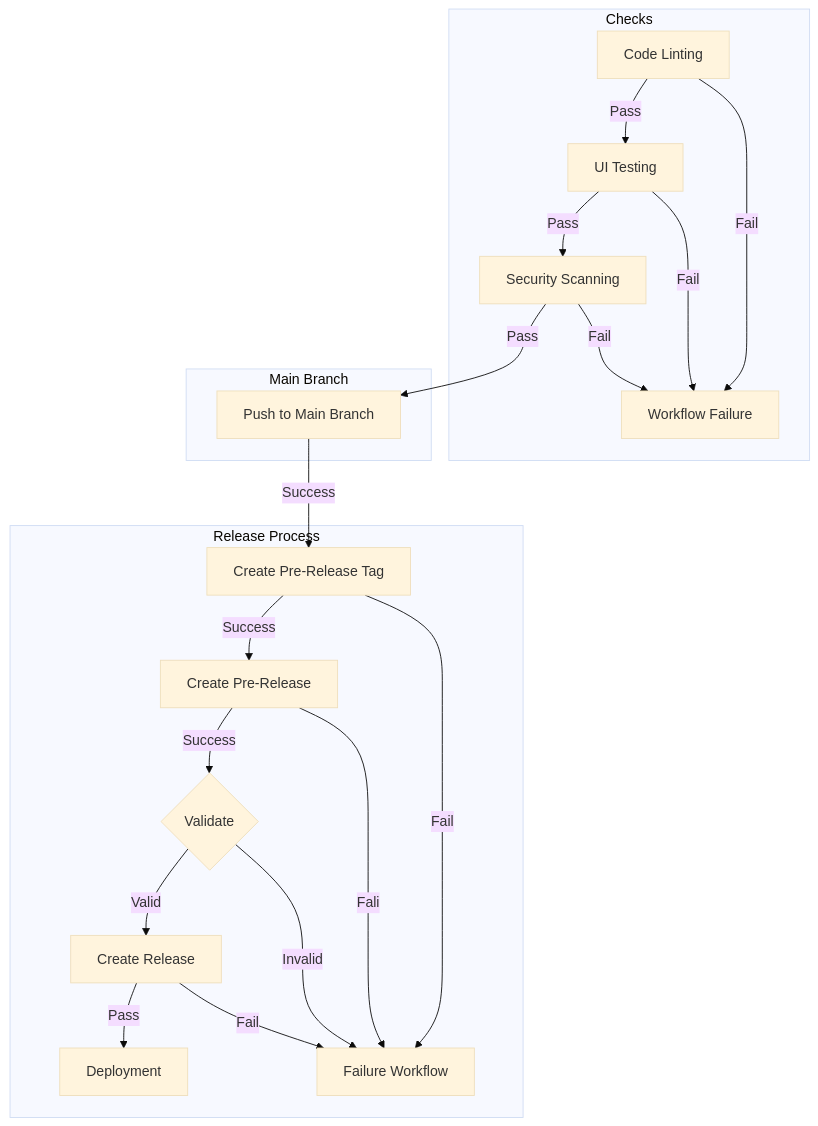
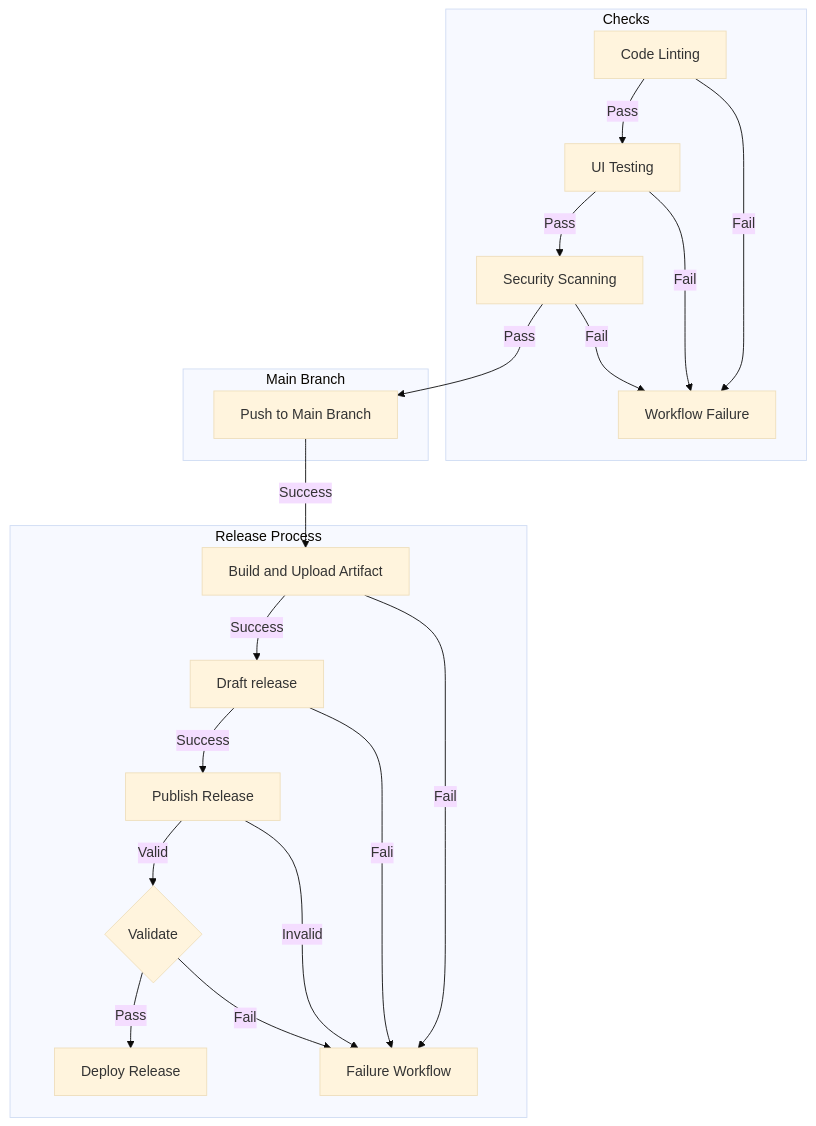
The diagram in docs/exercises/03.automate.release/02.md (githubuniverseworkshops/github-devsecops-fundamentals), drawn with Mermaid (base theme) before and after one commit. The commit also changed 17 other files, not shown here.

````diff
--- a/docs/exercises/03.automate.release/02.md
+++ b/docs/exercises/03.automate.release/02.md
@@ -5,42 +5,42 @@
 ```mermaid
 flowchart TD
     subgraph Checks
         A[Code Linting]
         B[UI Testing]
         D[Security Scanning]
         C[Workflow Failure]
     end
 
     A-->|Pass|B
     A-->|Fail|C
     B-->|Pass|D
     B-->|Fail|C
 
     subgraph Release Process
-        E[Create Pre-Release Tag]
-        F[Create Pre-Release]
-        G{Validate}
-        H[Create Release]
-        I[Deployment]
+        E[Build and Upload Artifact]
+        F[Draft release]
+        G[Publish Release]
+        H{Validate}
+        I[Deploy Release]
         J[Failure Workflow]
 
     end
 
     D-->|Pass|K
     D-->|Fail|C
     E-->|Success|F
     F-->|Success|G
     F-->|Fali|J
     G-->|Valid|H
     G-->|Invalid|J
     H-->|Pass|I
     H-->|Fail|J
     E-->|Fail|J
 
     subgraph Main Branch
         K[Push to Main Branch]
     end
 
     K-->|Success|E
 
 ```
````
